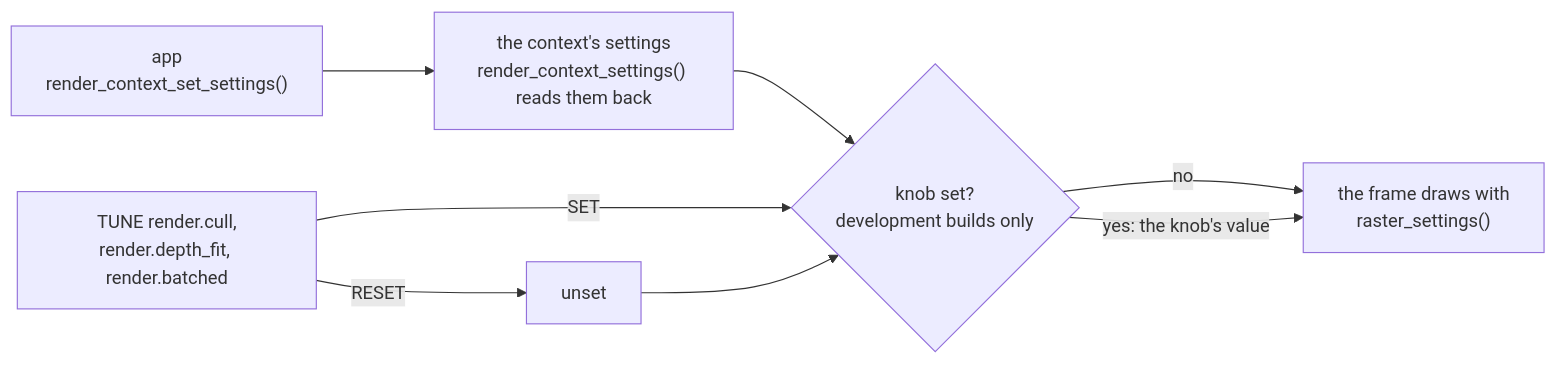
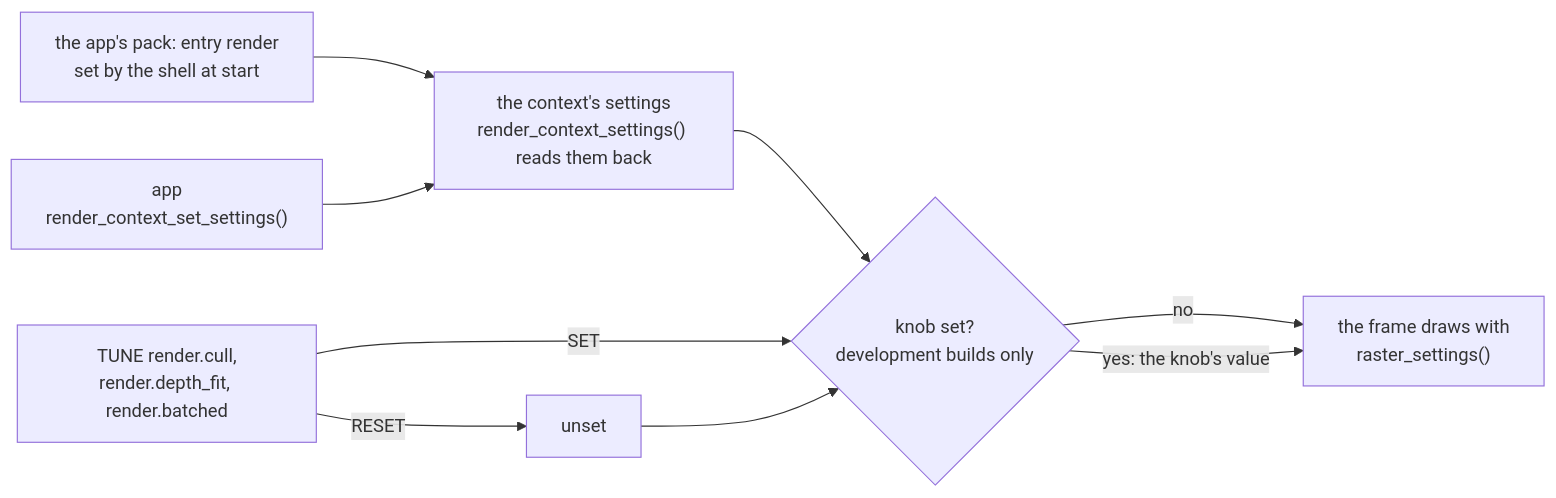
Before and after one commit to jose-villegas/autana: the first of 4 diagrams in docs/render/Render-Settings.md, drawn with Mermaid. The commit also changed other lines of this file and 26 other files, not shown here.

First line of the commit message:
r3d: render settings from a .render.toml in the app's pack; RENDER_SETTINGS_DEFAULT generated from default.render.toml (autana-ky89m) (#1462)

````diff
--- a/docs/render/Render-Settings.md
+++ b/docs/render/Render-Settings.md
@@ -12,10 +14,11 @@
 ```mermaid
 flowchart LR
+    Asset["the app's pack: entry render<br/>set by the shell at start"] --> Settings
     App["app<br/>render_context_set_settings()"] --> Settings["the context's settings<br/>render_context_settings() reads them back"]
     Settings --> Pick{"knob set?<br/>development builds only"}
     Knob["TUNE render.cull,<br/>render.depth_fit, render.batched"] -->|SET| Pick
     Knob -->|RESET| Unset["unset"]
     Unset --> Pick
     Pick -->|"no"| Frame["the frame draws with<br/>raster_settings()"]
     Pick -->|"yes: the knob's value"| Frame
 ```
````
